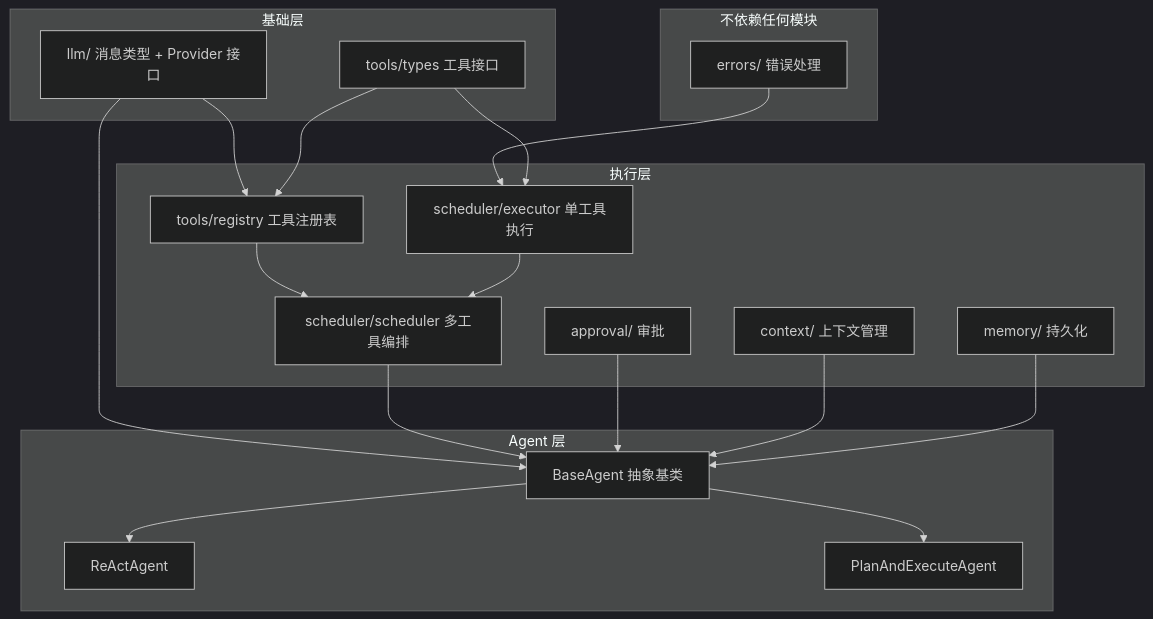
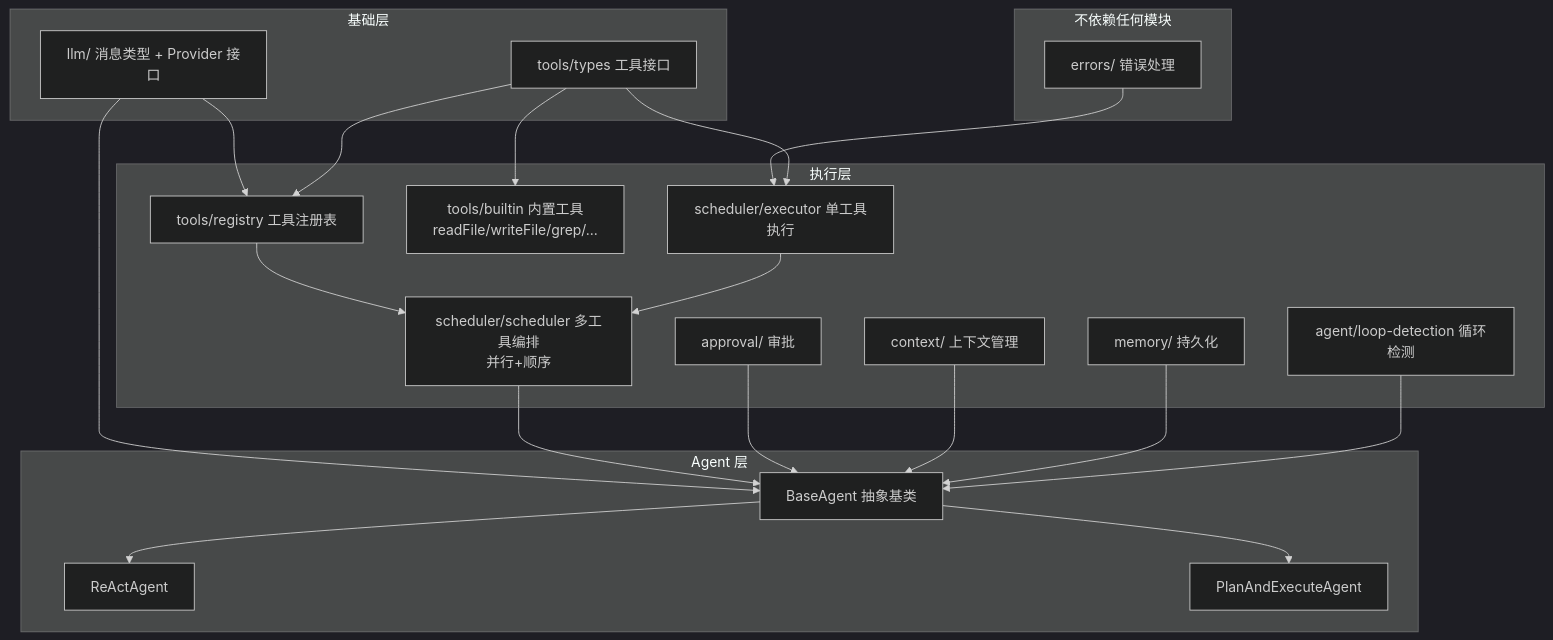
Before and after one commit to sssssssh/agent-tea: the diagram in docs/01-overview.md, drawn with Mermaid (dark theme). The commit also changed other lines of this file and 5 other files, not shown here.

````diff
--- a/docs/01-overview.md
+++ b/docs/01-overview.md
@@ -170,40 +170,44 @@
 ```mermaid
 graph TD
     subgraph 不依赖任何模块
         ERR[errors/ 错误处理]
     end
 
     subgraph 基础层
         LLM[llm/ 消息类型 + Provider 接口]
         TOOL_T[tools/types 工具接口]
     end
 
     subgraph 执行层
         REG[tools/registry 工具注册表]
+        BUILTIN[tools/builtin 内置工具<br/>readFile/writeFile/grep/...]
         EXEC[scheduler/executor 单工具执行]
-        SCHED[scheduler/scheduler 多工具编排]
+        SCHED[scheduler/scheduler 多工具编排<br/>并行+顺序]
         APR[approval/ 审批]
         CTX[context/ 上下文管理]
         MEM[memory/ 持久化]
+        LOOP[agent/loop-detection 循环检测]
     end
 
     subgraph Agent 层
         BASE[BaseAgent 抽象基类]
         REACT[ReActAgent]
         PLAN[PlanAndExecuteAgent]
     end
 
     ERR --> EXEC
     LLM --> REG
     LLM --> BASE
     TOOL_T --> REG
     TOOL_T --> EXEC
+    TOOL_T --> BUILTIN
     REG --> SCHED
     EXEC --> SCHED
     SCHED --> BASE
     APR --> BASE
     CTX --> BASE
     MEM --> BASE
+    LOOP --> BASE
     BASE --> REACT
     BASE --> PLAN
 ```
````
